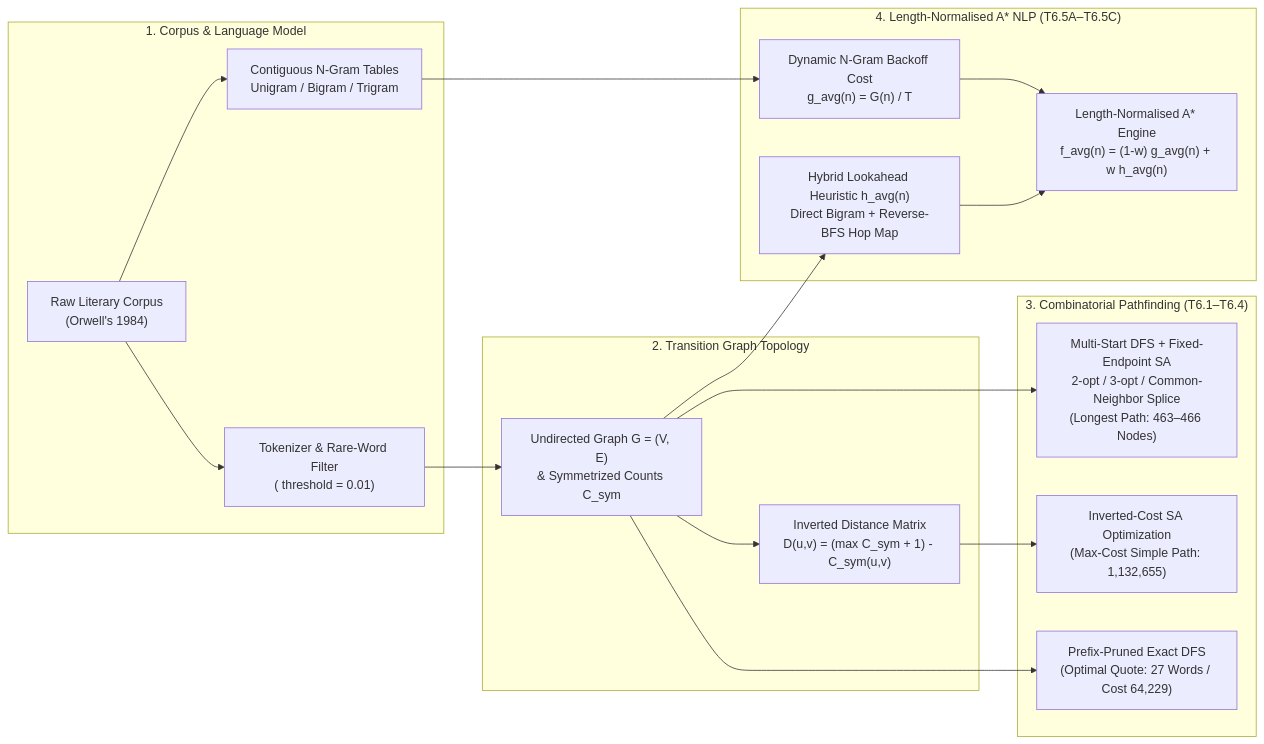
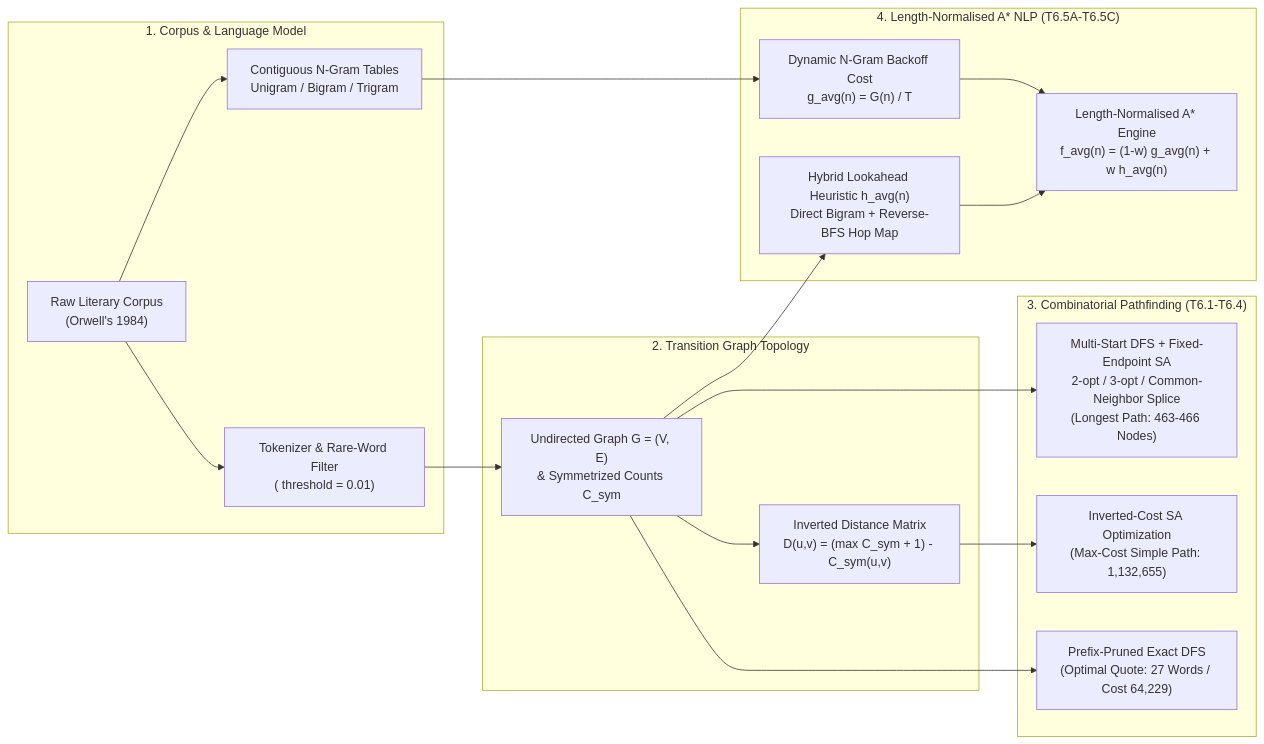
One commit to Ceviche98/ngram-astar-text-generation-and-pathfinding changed the diagram in README.md. Above: the diagram before and after it, drawn with Mermaid. The commit also changed other lines of this file, not shown here.

````diff
--- a/README.md
+++ b/README.md
@@ -36,25 +36,25 @@
 ```mermaid
 flowchart LR
     subgraph Corpus ["1. Corpus & Language Model"]
         A["Raw Literary Corpus\n(Orwell's 1984)"] --> B["Tokenizer & Rare-Word Filter\n(<RARE> threshold = 0.01)"]
         A --> C["Contiguous N-Gram Tables\nUnigram / Bigram / Trigram"]
     end
 
     subgraph Network ["2. Transition Graph Topology"]
         B --> D["Undirected Graph G = (V, E)\n& Symmetrized Counts C_sym"]
         D --> E["Inverted Distance Matrix\nD(u,v) = (max C_sym + 1) - C_sym(u,v)"]
     end
 
-    subgraph Pathfinding ["3. Combinatorial Pathfinding (T6.1–T6.4)"]
-        D --> F["Multi-Start DFS + Fixed-Endpoint SA\n2-opt / 3-opt / Common-Neighbor Splice\n(Longest Path: 463–466 Nodes)"]
+    subgraph Pathfinding ["3. Combinatorial Pathfinding (T6.1-T6.4)"]
+        D --> F["Multi-Start DFS + Fixed-Endpoint SA\n2-opt / 3-opt / Common-Neighbor Splice\n(Longest Path: 463-466 Nodes)"]
         E --> G["Inverted-Cost SA Optimization\n(Max-Cost Simple Path: 1,132,655)"]
         D --> H["Prefix-Pruned Exact DFS\n(Optimal Quote: 27 Words / Cost 64,229)"]
     end
 
-    subgraph Generation ["4. Length-Normalised A* NLP (T6.5A–T6.5C)"]
+    subgraph Generation ["4. Length-Normalised A* NLP (T6.5A-T6.5C)"]
         C --> I["Dynamic N-Gram Backoff Cost\ng_avg(n) = G(n) / T"]
         D --> J["Hybrid Lookahead Heuristic h_avg(n)\nDirect Bigram + Reverse-BFS Hop Map"]
         I --> K["Length-Normalised A* Engine\nf_avg(n) = (1-w) g_avg(n) + w h_avg(n)"]
         J --> K
     end
 ```
````
